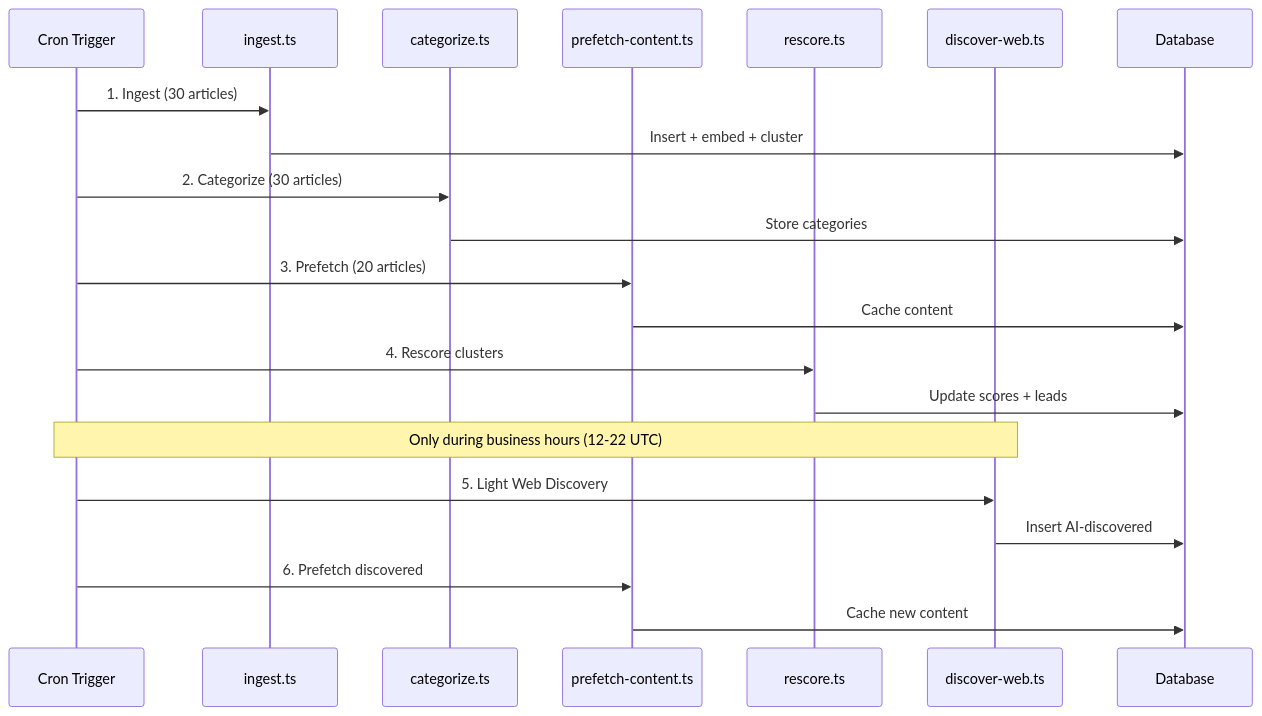
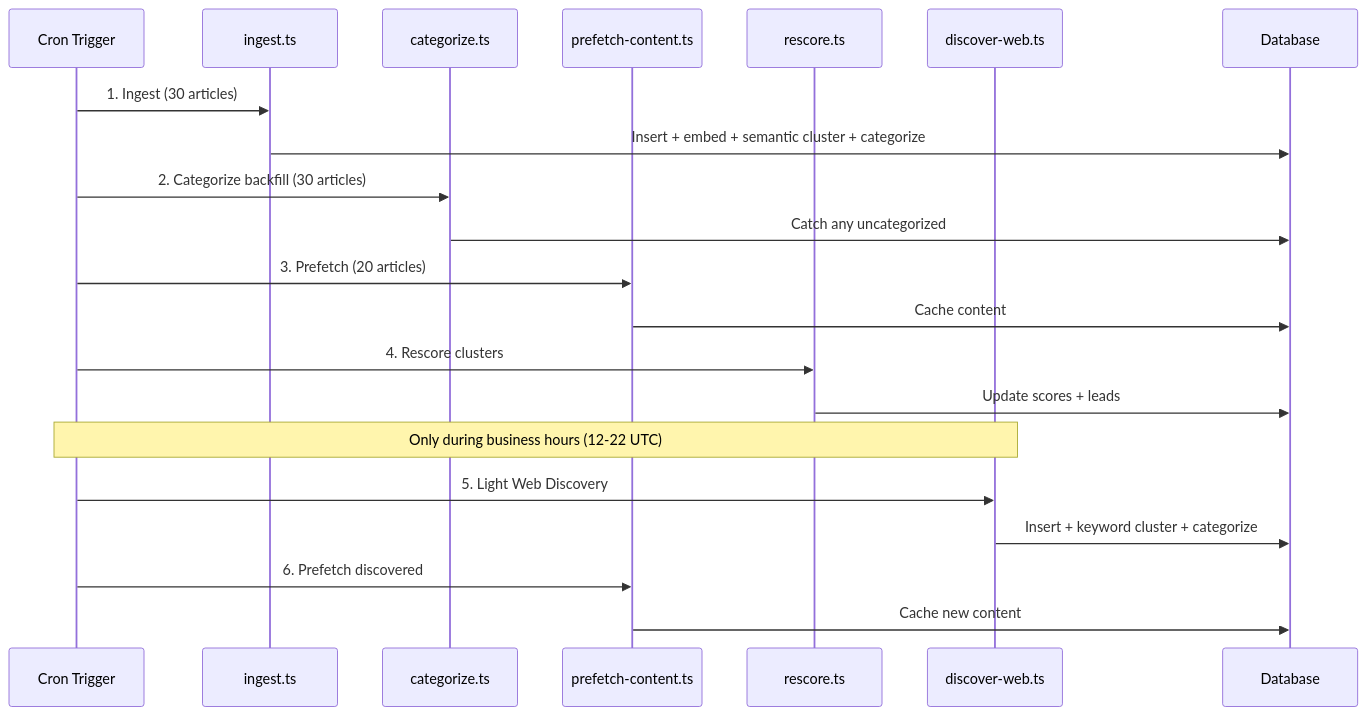
Before and after one commit to dwahbe/climate-river: the fourth of 6 diagrams in README.md, drawn with Mermaid. The commit also changed other lines of this file, not shown here.

````diff
--- a/README.md
+++ b/README.md
@@ -141,29 +156,29 @@
 ```mermaid
 sequenceDiagram
     participant C as Cron Trigger
     participant I as ingest.ts
     participant CA as categorize.ts
     participant P as prefetch-content.ts
     participant R as rescore.ts
     participant W as discover-web.ts
     participant DB as Database
 
     C->>I: 1. Ingest (30 articles)
-    I->>DB: Insert + embed + cluster
+    I->>DB: Insert + embed + semantic cluster + categorize
 
-    C->>CA: 2. Categorize (30 articles)
-    CA->>DB: Store categories
+    C->>CA: 2. Categorize backfill (30 articles)
+    CA->>DB: Catch any uncategorized
 
     C->>P: 3. Prefetch (20 articles)
     P->>DB: Cache content
 
     C->>R: 4. Rescore clusters
     R->>DB: Update scores + leads
 
     Note over C,W: Only during business hours (12-22 UTC)
     C->>W: 5. Light Web Discovery
-    W->>DB: Insert AI-discovered
+    W->>DB: Insert + keyword cluster + categorize
 
     C->>P: 6. Prefetch discovered
     P->>DB: Cache new content
 ```
````
